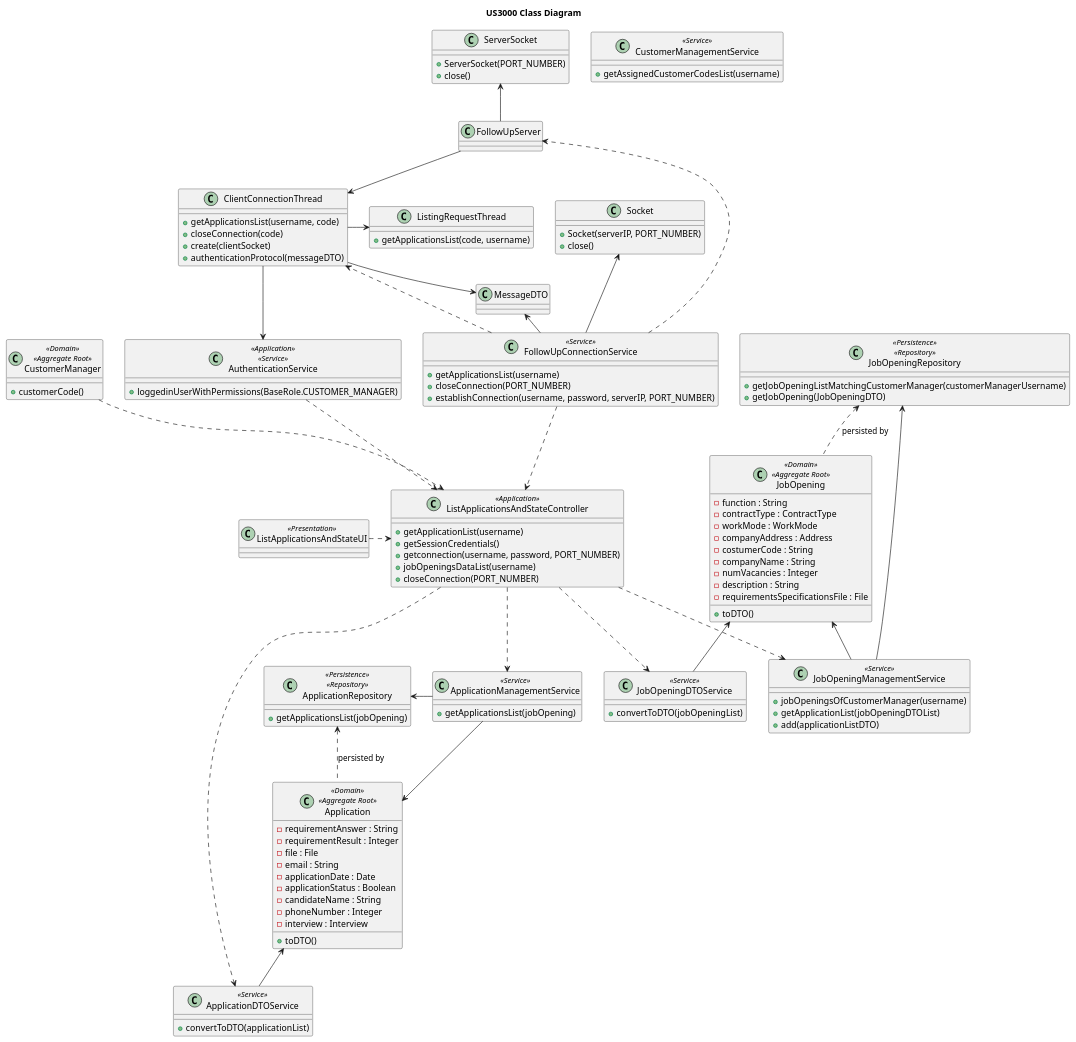
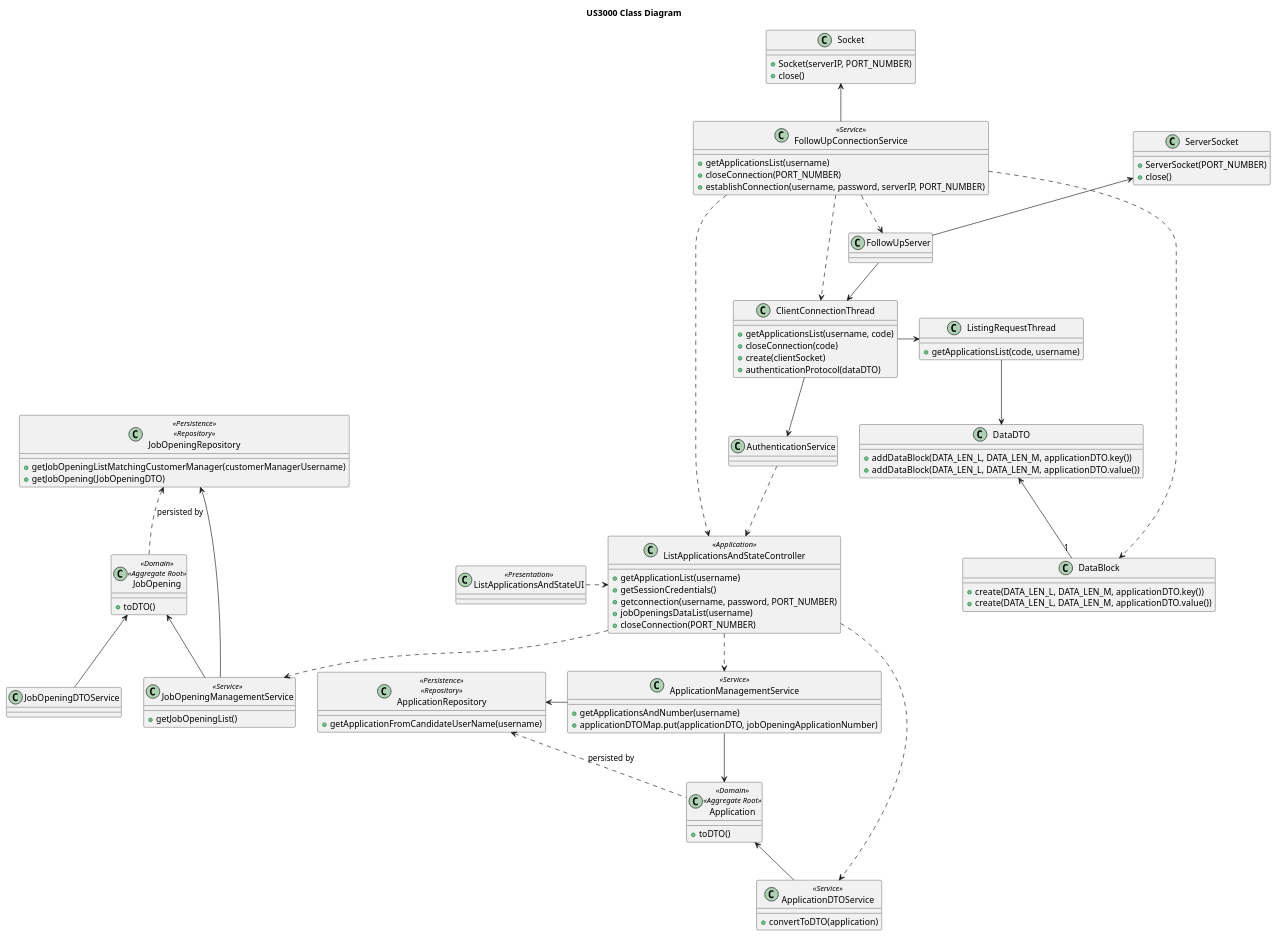
One commit to rita-barbosa/LAPR4-2324 changed the diagram in docs/sprint-c/us_3000/CD/US3000_CD.puml. Above: the diagram before and after it, drawn with PlantUML. The commit also changed 4 other files, not shown here.

```diff
--- a/docs/sprint-c/us_3000/CD/US3000_CD.puml
+++ b/docs/sprint-c/us_3000/CD/US3000_CD.puml
@@ -1,161 +1,135 @@
 @startuml US3000_CD
 title US3000 Class Diagram
 
 'package "Presentation" {
     class ListApplicationsAndStateUI <<Presentation>> {
     }
 '}
 
 'package "Application" {
     class ListApplicationsAndStateController <<Application>> {
         + getApplicationList(username)
         + getSessionCredentials()
         + getconnection(username, password, PORT_NUMBER)
         + jobOpeningsDataList(username)
         + closeConnection(PORT_NUMBER)
     }
 '}
 
 class FollowUpConnectionService <<Service>> {
 + getApplicationsList(username)
 + closeConnection(PORT_NUMBER)
 + establishConnection(username, password, serverIP, PORT_NUMBER)
 }
 
 
 class ClientConnectionThread {
 + getApplicationsList(username, code)
 + closeConnection(code)
 + create(clientSocket)
-+ authenticationProtocol(messageDTO)
++ authenticationProtocol(dataDTO)
 }
 
 class ListingRequestThread {
 + getApplicationsList(code, username)
 }
 
-class JobOpeningManagementService <<Service>> {
-    + jobOpeningsOfCustomerManager(username)
-    + getApplicationList(jobOpeningDTOList)
-    + add(applicationListDTO)
+class DataDTO {
++ addDataBlock(DATA_LEN_L, DATA_LEN_M, applicationDTO.key())
++ addDataBlock(DATA_LEN_L, DATA_LEN_M, applicationDTO.value())
 }
 
-class CustomerManagementService <<Service>> {
-    + getAssignedCustomerCodesList(username)
+
+class DataBlock {
++ create(DATA_LEN_L, DATA_LEN_M, applicationDTO.key())
++ create(DATA_LEN_L, DATA_LEN_M, applicationDTO.value())
 }
 
-class JobOpeningDTOService <<Service>> {
-    + convertToDTO(jobOpeningList)
+class JobOpeningManagementService <<Service>> {
++ getJobOpeningList()
+
 }
 
 class ApplicationManagementService <<Service>> {
-    + getApplicationsList(jobOpening)
+    + getApplicationsAndNumber(username)
+    + applicationDTOMap.put(applicationDTO, jobOpeningApplicationNumber)
 }
 
 class ApplicationDTOService <<Service>> {
-    + convertToDTO(applicationList)
+    + convertToDTO(application)
 }
 
-
-    class AuthenticationService <<Application>> <<Service>> {
-        + loggedinUserWithPermissions(BaseRole.CUSTOMER_MANAGER)
-    }
-
-
-    class CustomerManager <<Domain>> <<Aggregate Root>> {
-        + customerCode()
-    }
-
     class JobOpening <<Domain>> <<Aggregate Root>> {
-        - function : String
-        - contractType : ContractType
-        - workMode : WorkMode
-        - companyAddress : Address
-        - costumerCode : String
-        - companyName : String
-        - numVacancies : Integer
-        - description : String
-        - requirementsSpecificationsFile : File
         + toDTO()
     }
 
     class Application <<Domain>> <<Aggregate Root>> {
-        - requirementAnswer : String
-        - requirementResult : Integer
-        - file : File
-        - email : String
-        - applicationDate : Date
-        - applicationStatus : Boolean
-        - candidateName : String
-        - phoneNumber : Integer
-        - interview : Interview
         + toDTO()
     }
 '}
 
 'package "Persistence" {
     class JobOpeningRepository <<Persistence>> <<Repository>> {
         + getJobOpeningListMatchingCustomerManager(customerManagerUsername)
         + getJobOpening(JobOpeningDTO)
     }
 
     class ApplicationRepository <<Persistence>> <<Repository>> {
-        + getApplicationsList(jobOpening)
+        + getApplicationFromCandidateUserName(username)
     }
 
 '}
 
 class FollowUpServer {}
-
-class MessageDTO {}
-
 
 class Socket {
 + Socket(serverIP, PORT_NUMBER)
 + close()
 }
 
 class ServerSocket {
 + ServerSocket(PORT_NUMBER)
 + close()
 }
 
 
 
 ' Associations
-CustomerManager ..> ListApplicationsAndStateController
 ListApplicationsAndStateUI .> ListApplicationsAndStateController
 ListApplicationsAndStateController ..> ApplicationManagementService
 ListApplicationsAndStateController ..> JobOpeningManagementService
-ListApplicationsAndStateController ..> JobOpeningDTOService
 ListApplicationsAndStateController ..> ApplicationDTOService
 
 ' Domain Layer
 JobOpeningManagementService -left-> JobOpeningRepository
 JobOpeningManagementService -up-> JobOpening
 ApplicationManagementService --> Application
 ApplicationManagementService -left-> ApplicationRepository
 ApplicationDTOService -up-> Application
 JobOpeningDTOService -up-> JobOpening
 
 ' Persistence Layer
 JobOpeningRepository <.. JobOpening : persisted by
 
 ApplicationRepository <.. Application : persisted by
 
 ' Authentication
 AuthenticationService ..> ListApplicationsAndStateController
 FollowUpConnectionService ..> ListApplicationsAndStateController
 
 FollowUpConnectionService ..> FollowUpServer
 FollowUpConnectionService ..> ClientConnectionThread
 FollowUpServer --> ClientConnectionThread
 ClientConnectionThread -> ListingRequestThread
 ClientConnectionThread --> AuthenticationService
-ClientConnectionThread -> MessageDTO
 
 FollowUpConnectionService -up-> Socket
-MessageDTO <- FollowUpConnectionService
 FollowUpServer -up-> ServerSocket
 
+ListingRequestThread --> DataDTO
+
+DataDTO <-- "1" DataBlock
+
+FollowUpConnectionService .> DataBlock
+
 @enduml
```
